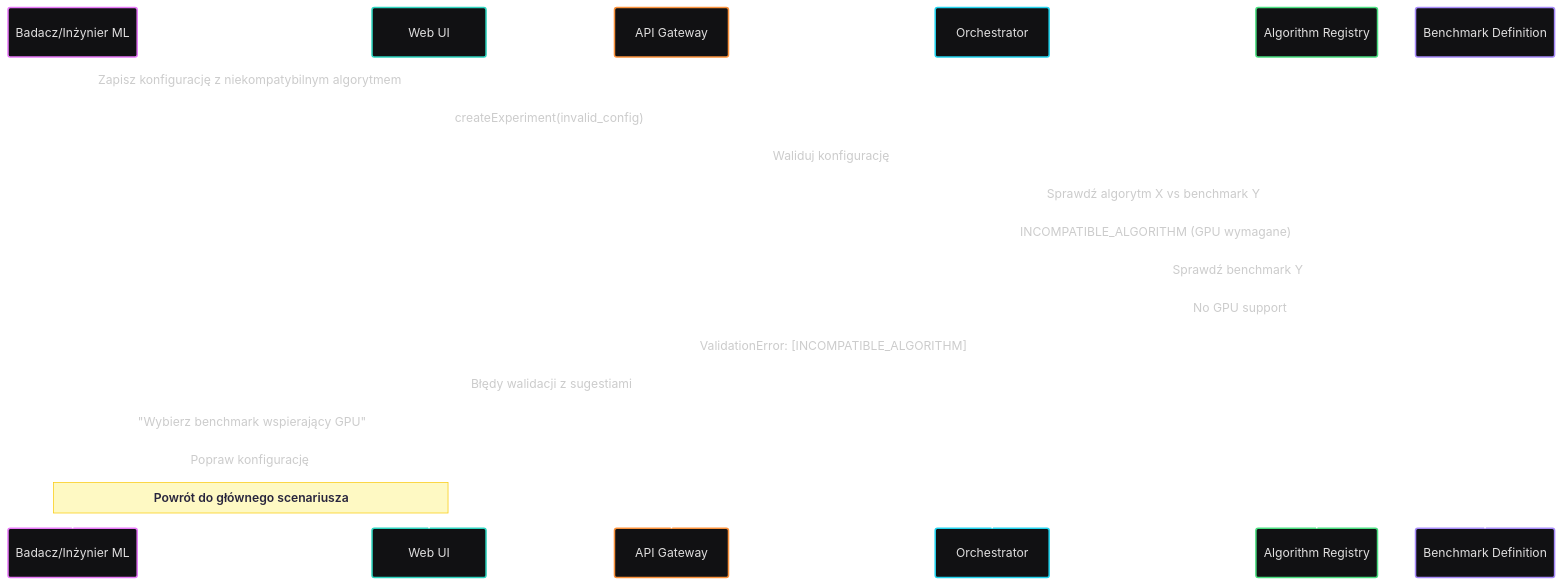
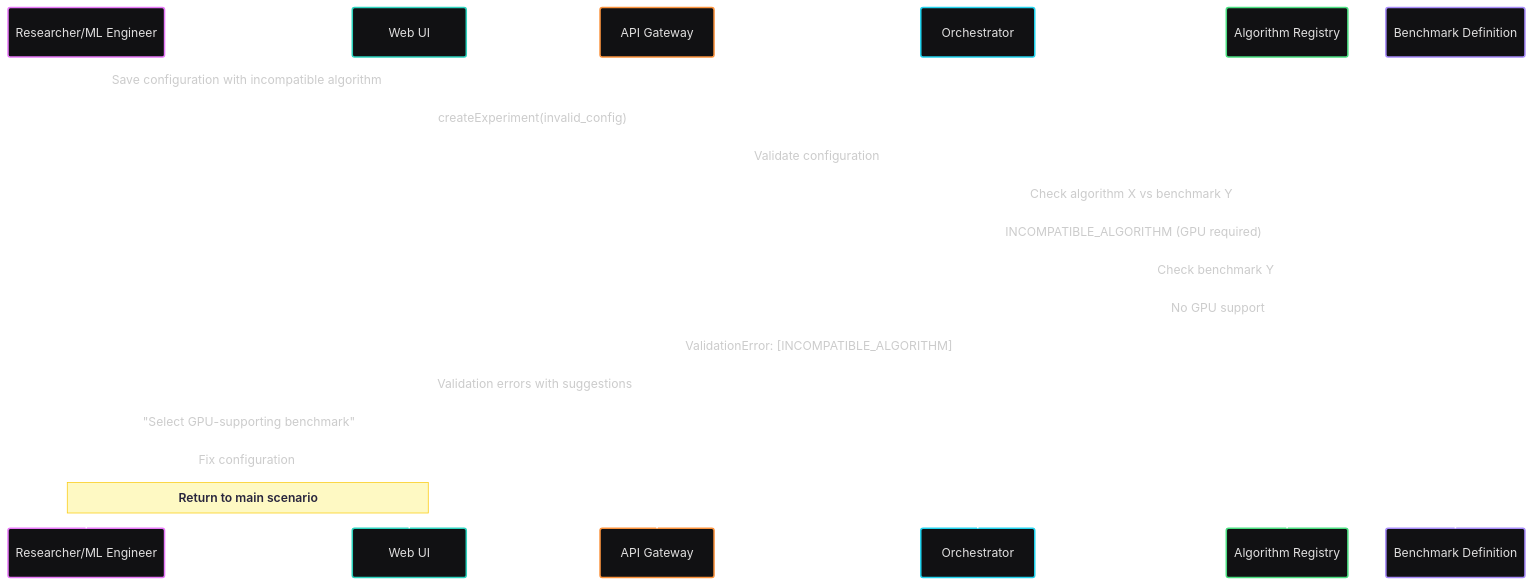
Before and after one commit to jedrzejpolaczek/aviarium.corvidae.corvus_corone: the fourth of 33 diagrams in docs/requirements/use-cases.md, drawn with Mermaid. The commit also changed other lines of this file and 21 other files, not shown here.

````diff
--- a/docs/requirements/use-cases.md
+++ b/docs/requirements/use-cases.md
@@ -205,25 +205,25 @@
 ```mermaid
 ---
 config:
   theme: redux-dark-color
 ---
 sequenceDiagram
-    participant A1 as Badacz/Inżynier ML
+    participant A1 as Researcher/ML Engineer
     participant UI as Web UI
     participant API as API Gateway
     participant ORC as Orchestrator
     participant AR as Algorithm Registry
     participant BDS as Benchmark Definition
-    A1->>UI: Zapisz konfigurację z niekompatybilnym algorytmem
+    A1->>UI: Save configuration with incompatible algorithm
     UI->>API: createExperiment(invalid_config)
-    API->>ORC: Waliduj konfigurację
-    ORC->>AR: Sprawdź algorytm X vs benchmark Y
-    AR-->>ORC: INCOMPATIBLE_ALGORITHM (GPU wymagane)
-    ORC->>BDS: Sprawdź benchmark Y
+    API->>ORC: Validate configuration
+    ORC->>AR: Check algorithm X vs benchmark Y
+    AR-->>ORC: INCOMPATIBLE_ALGORITHM (GPU required)
+    ORC->>BDS: Check benchmark Y
     BDS-->>ORC: No GPU support
     ORC-->>API: ValidationError: [INCOMPATIBLE_ALGORITHM]
-    API-->>UI: Błędy walidacji z sugestiami
-    UI-->>A1: "Wybierz benchmark wspierający GPU"
-    A1->>UI: Popraw konfigurację
-    Note over A1,UI: Powrót do głównego scenariusza
+    API-->>UI: Validation errors with suggestions
+    UI-->>A1: "Select GPU-supporting benchmark"
+    A1->>UI: Fix configuration
+    Note over A1,UI: Return to main scenario
 ```
````
